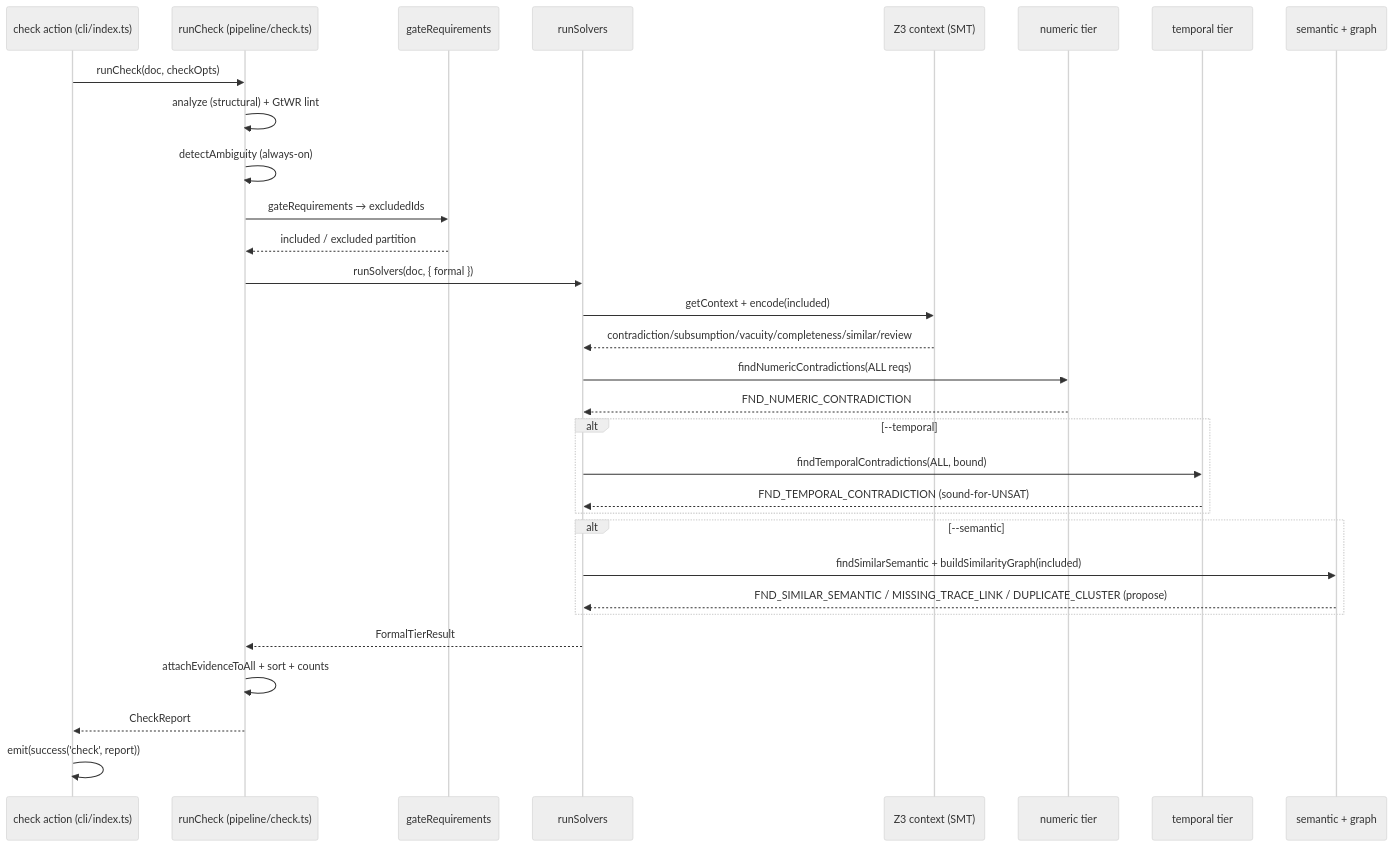
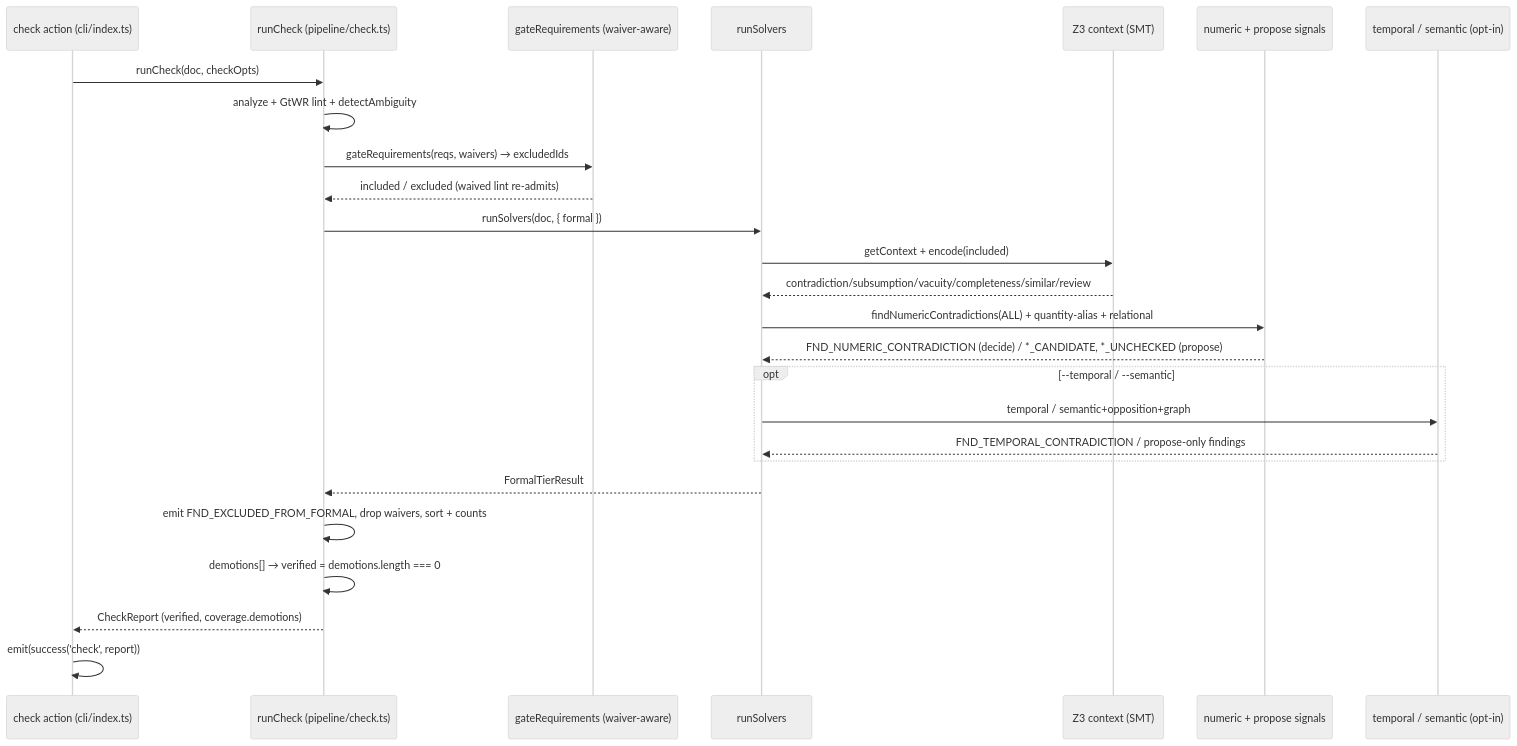
Before and after one commit to theagenticguy/symspec: the first of 3 diagrams in docs/diagrams/behavioral/sequences.md, drawn with Mermaid (neutral theme). The commit also changed other lines of this file and 17 other files, not shown here.

````diff
--- a/docs/diagrams/behavioral/sequences.md
+++ b/docs/diagrams/behavioral/sequences.md
@@ -7,33 +7,28 @@
 ```mermaid
 sequenceDiagram
     participant CLI as check action (cli/index.ts)
     participant Pipe as runCheck (pipeline/check.ts)
-    participant Gate as gateRequirements
+    participant Gate as gateRequirements (waiver-aware)
     participant Solv as runSolvers
     participant Z3 as Z3 context (SMT)
-    participant Num as numeric tier
-    participant Tmp as temporal tier
-    participant Sem as semantic + graph
+    participant Num as numeric + propose signals
+    participant OptTier as temporal / semantic (opt-in)
     CLI->>Pipe: runCheck(doc, checkOpts)
-    Pipe->>Pipe: analyze (structural) + GtWR lint
-    Pipe->>Pipe: detectAmbiguity (always-on)
-    Pipe->>Gate: gateRequirements → excludedIds
-    Gate-->>Pipe: included / excluded partition
+    Pipe->>Pipe: analyze + GtWR lint + detectAmbiguity
+    Pipe->>Gate: gateRequirements(reqs, waivers) → excludedIds
+    Gate-->>Pipe: included / excluded (waived lint re-admits)
     Pipe->>Solv: runSolvers(doc, { formal })
     Solv->>Z3: getContext + encode(included)
     Z3-->>Solv: contradiction/subsumption/vacuity/completeness/similar/review
-    Solv->>Num: findNumericContradictions(ALL reqs)
-    Num-->>Solv: FND_NUMERIC_CONTRADICTION
-    alt --temporal
-        Solv->>Tmp: findTemporalContradictions(ALL, bound)
-        Tmp-->>Solv: FND_TEMPORAL_CONTRADICTION (sound-for-UNSAT)
-    end
-    alt --semantic
-        Solv->>Sem: findSimilarSemantic + buildSimilarityGraph(included)
-        Sem-->>Solv: FND_SIMILAR_SEMANTIC / MISSING_TRACE_LINK / DUPLICATE_CLUSTER (propose)
+    Solv->>Num: findNumericContradictions(ALL) + quantity-alias + relational
+    Num-->>Solv: FND_NUMERIC_CONTRADICTION (decide) / *_CANDIDATE, *_UNCHECKED (propose)
+    opt --temporal / --semantic
+        Solv->>OptTier: temporal / semantic+opposition+graph
+        OptTier-->>Solv: FND_TEMPORAL_CONTRADICTION / propose-only findings
     end
     Solv-->>Pipe: FormalTierResult
-    Pipe->>Pipe: attachEvidenceToAll + sort + counts
-    Pipe-->>CLI: CheckReport
+    Pipe->>Pipe: emit FND_EXCLUDED_FROM_FORMAL, drop waivers, sort + counts
+    Pipe->>Pipe: demotions[] → verified = demotions.length === 0
+    Pipe-->>CLI: CheckReport (verified, coverage.demotions)
     CLI->>CLI: emit(success('check', report))
 ```
````
